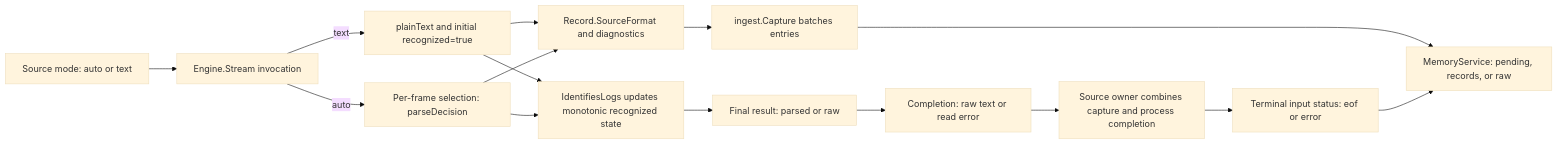
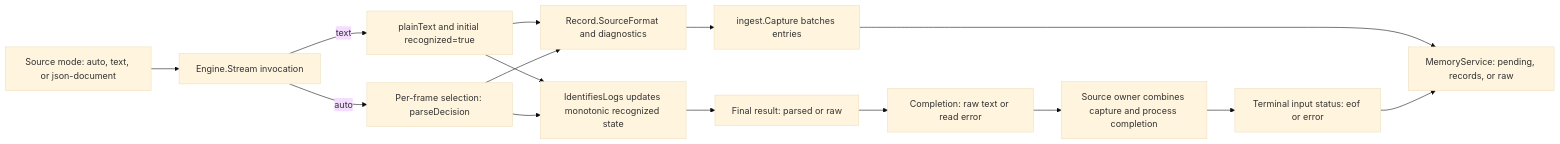
One commit to jpetroff/streamline changed the second of 3 diagrams in .memory/architecture.md. Above: the diagram before and after it, drawn with Mermaid (base theme). The commit also changed other lines of this file and 32 other files, not shown here.

````diff
--- a/.memory/architecture.md
+++ b/.memory/architecture.md
@@ -145,17 +145,17 @@
 ```mermaid
 flowchart LR
-  Mode["Source mode: auto or text"] --> Engine["Engine.Stream invocation"]
+  Mode["Source mode: auto, text, or json-document"] --> Engine["Engine.Stream invocation"]
   Engine -->|"auto"| Select["Per-frame selection: parseDecision"]
   Engine -->|"text"| Literal["plainText and initial recognized=true"]
   Literal --> Format
   Literal --> Recognized
   Select --> Format["Record.SourceFormat and diagnostics"]
   Select --> Recognized["IdentifiesLogs updates monotonic recognized state"]
   Recognized --> Result["Final result: parsed or raw"]
   Format --> Ingest["ingest.Capture batches entries"]
   Result --> Complete["Completion: raw text or read error"]
   Ingest --> Query["MemoryService: pending, records, or raw"]
   Complete --> Owner["Source owner combines capture and process completion"]
   Owner --> Status["Terminal input status: eof or error"]
   Status --> Query
 ```
````
